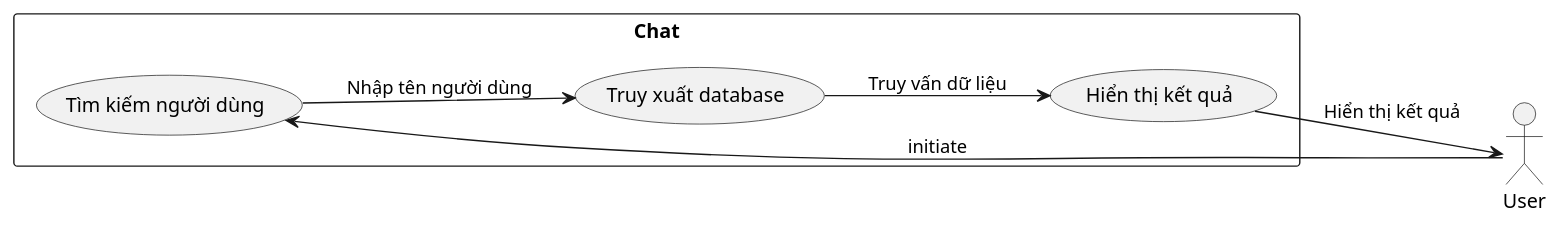
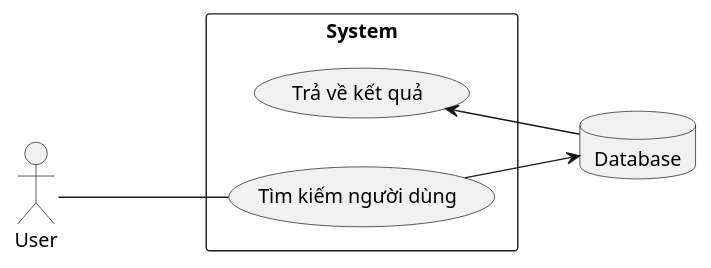
The diagram in uml/usecase_search_user.puml (phamsyhung2110/project-hust), drawn with PlantUML before and after one commit. The commit also changed 8 other files, not shown here.

Commit message:
edit uml

```diff
--- a/uml/usecase_search_user.puml
+++ b/uml/usecase_search_user.puml
@@ -1,14 +1,12 @@
 @startuml
 left to right direction
-
-actor User
-rectangle Chat {
+actor User 
+database "Database" as Database
+rectangle System {
+    usecase "Trả về kết quả" as Result
     usecase "Tìm kiếm người dùng" as Search
-    usecase "Truy xuất database" as Database
-    usecase "Hiển thị kết quả" as Display
-    User --> Search: initiate
-    Search --> Database: Nhập tên người dùng
-    Database --> Display: Truy vấn dữ liệu
-    Display --> User: Hiển thị kết quả
+    User --- Search
+    Search --> Database
+    Database -l-> Result
 }
 @enduml
```
